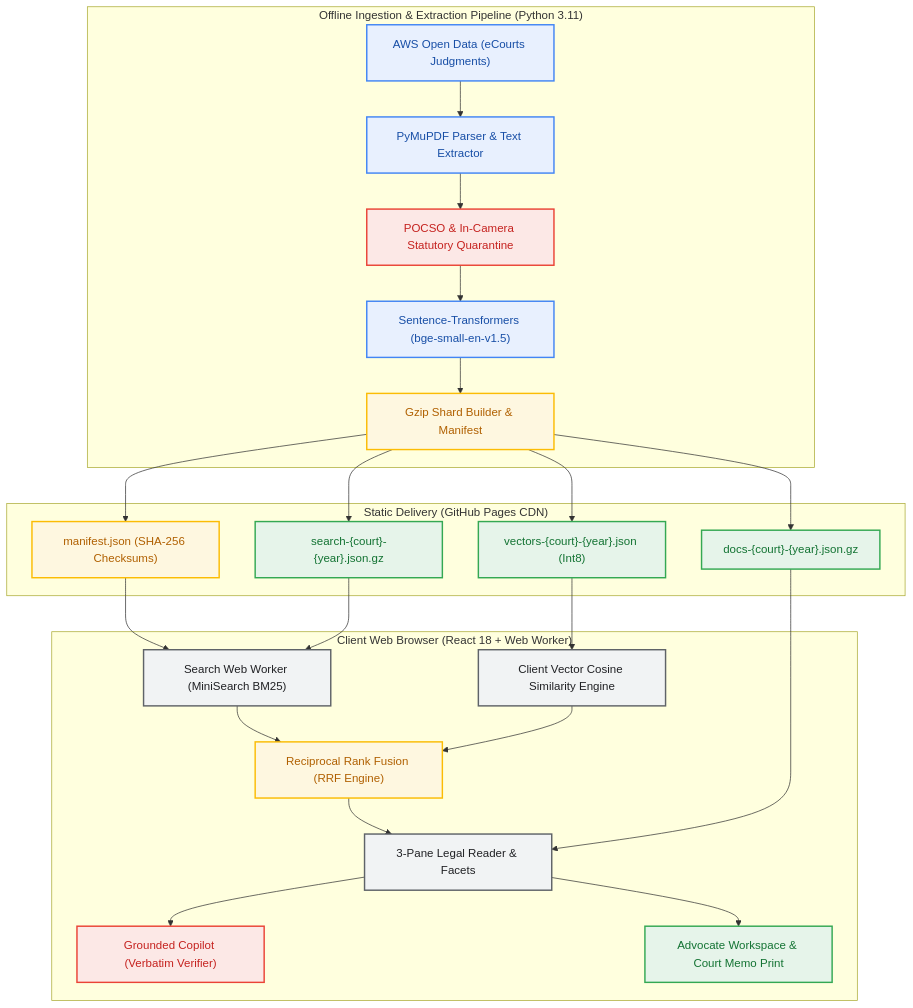
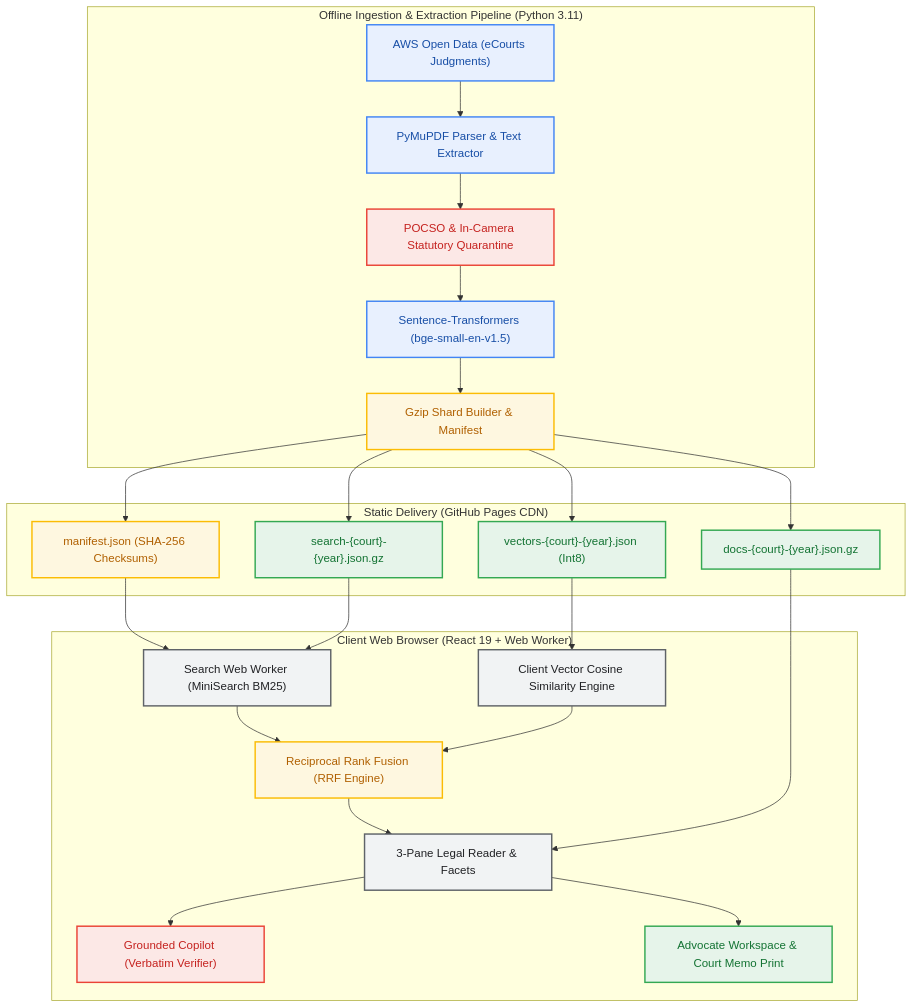
The diagram in README.md (kiru6006/highcourt-judgment-agent), drawn with Mermaid before and after one commit. The commit also changed other lines of this file and 11 other files, not shown here.

````diff
--- a/README.md
+++ b/README.md
@@ -50,56 +50,56 @@
 ```mermaid
 flowchart TD
   subgraph Ingestion["Offline Ingestion & Extraction Pipeline (Python 3.11)"]
     S3["AWS Open Data (eCourts Judgments)"]
     PyMuPDF["PyMuPDF Parser & Text Extractor"]
     Quarantine["POCSO & In-Camera Statutory Quarantine"]
     Embedder["Sentence-Transformers (bge-small-en-v1.5)"]
     Sharder["Gzip Shard Builder & Manifest"]
     S3 --> PyMuPDF
     PyMuPDF --> Quarantine
     Quarantine --> Embedder
     Embedder --> Sharder
   end
 
   subgraph Hosting["Static Delivery (GitHub Pages CDN)"]
     Manifest["manifest.json (SHA-256 Checksums)"]
     SearchShards["search-{court}-{year}.json.gz"]
     DocShards["docs-{court}-{year}.json.gz"]
     VectorShards["vectors-{court}-{year}.json (Int8)"]
     Sharder --> Manifest
     Sharder --> SearchShards
     Sharder --> DocShards
     Sharder --> VectorShards
   end
 
-  subgraph Client["Client Web Browser (React 18 + Web Worker)"]
+  subgraph Client["Client Web Browser (React 19 + Web Worker)"]
     Worker["Search Web Worker (MiniSearch BM25)"]
     Vectors["Client Vector Cosine Similarity Engine"]
     RRF["Reciprocal Rank Fusion (RRF Engine)"]
     UI["3-Pane Legal Reader & Facets"]
     Copilot["Grounded Copilot (Verbatim Verifier)"]
     Workspace["Advocate Workspace & Court Memo Print"]
 
     Manifest --> Worker
     SearchShards --> Worker
     VectorShards --> Vectors
     Worker --> RRF
     Vectors --> RRF
     RRF --> UI
     DocShards --> UI
     UI --> Copilot
     UI --> Workspace
   end
 
   class S3,PyMuPDF,Embedder googleBlue;
   class Quarantine,Copilot googleRed;
   class Sharder,Manifest,RRF googleYellow;
   class SearchShards,DocShards,VectorShards,Workspace googleGreen;
   class Worker,Vectors,UI googleDark;
 
   classDef googleBlue fill:#E8F0FE,stroke:#4285F4,stroke-width:2px,color:#174EA6;
   classDef googleRed fill:#FCE8E6,stroke:#EA4335,stroke-width:2px,color:#C5221F;
   classDef googleYellow fill:#FEF7E0,stroke:#FBBC04,stroke-width:2px,color:#B06000;
   classDef googleGreen fill:#E6F4EA,stroke:#34A853,stroke-width:2px,color:#137333;
   classDef googleDark fill:#F1F3F4,stroke:#5F6368,stroke-width:2px,color:#202124;
 ```
````
